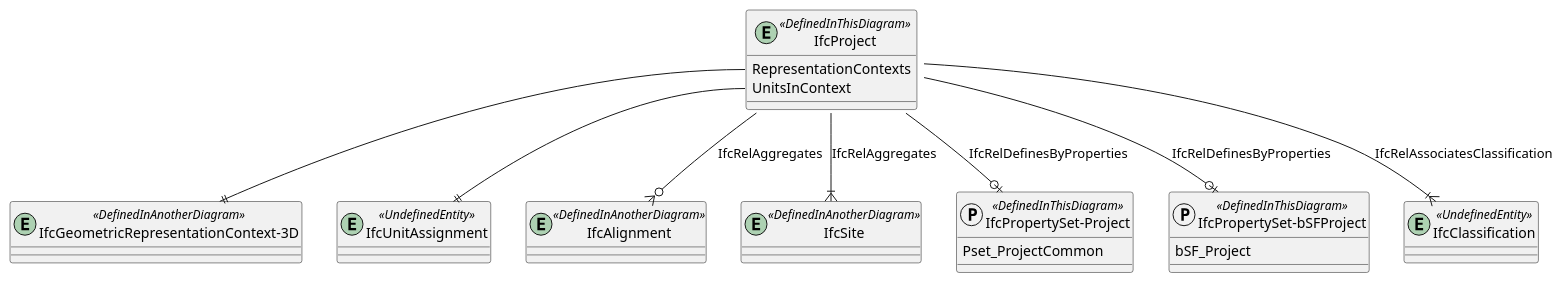
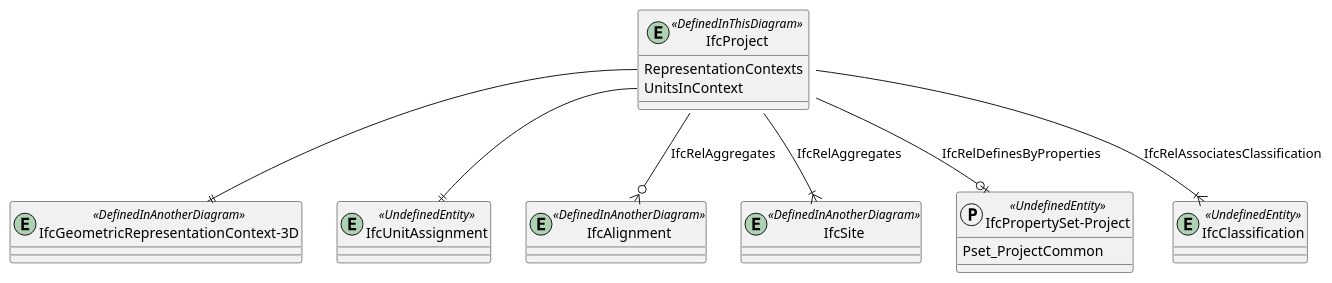
The diagram in diagrams/bsf-IfcProject.pu (buildingSMART-Finland/RYTV-IFCRoute), drawn with PlantUML before and after one commit. The commit also changed 7 other files, not shown here.

Commit message:
Property set definitions

```diff
--- a/diagrams/bsf-IfcProject.pu
+++ b/diagrams/bsf-IfcProject.pu
@@ -1,37 +1,32 @@
 @startuml 
 
 entity IfcProject <<DefinedInThisDiagram>>
 {
   RepresentationContexts
   UnitsInContext
 }
 
 entity IfcGeometricRepresentationContext-3D <<DefinedInAnotherDiagram>>
 
 entity IfcUnitAssignment <<UndefinedEntity>>
 
 entity IfcAlignment <<DefinedInAnotherDiagram>>
 IfcProject --o{ IfcAlignment : IfcRelAggregates
 
 entity IfcSite <<DefinedInAnotherDiagram>>
 IfcProject --|{ IfcSite : IfcRelAggregates
 
-protocol "IfcPropertySet-Project" <<DefinedInThisDiagram>>
+protocol "IfcPropertySet-Project" <<UndefinedEntity>>
 {
   Pset_ProjectCommon
 }
 
-protocol "IfcPropertySet-bSFProject" <<DefinedInThisDiagram>>
-{
-  bSF_Project
-}
 
 entity IfcClassification <<UndefinedEntity>>
 
 IfcProject::RepresentationContexts --|| "IfcGeometricRepresentationContext-3D"
 IfcProject::UnitsInContext --|| IfcUnitAssignment
 IfcProject --|{IfcClassification : IfcRelAssociatesClassification
 IfcProject --o| "IfcPropertySet-Project" : IfcRelDefinesByProperties
-IfcProject --o| "IfcPropertySet-bSFProject" : IfcRelDefinesByProperties
 
 @enduml
```
